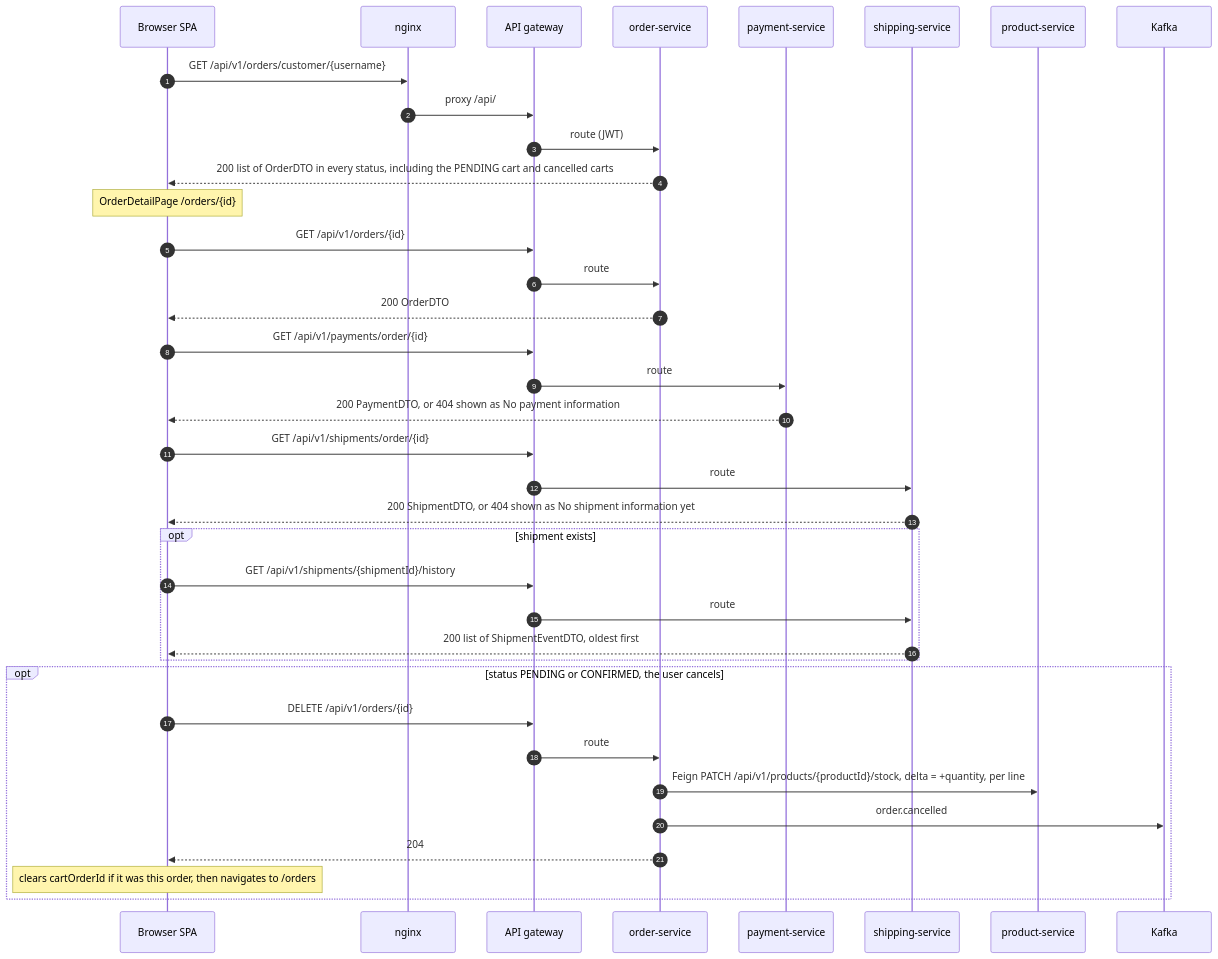
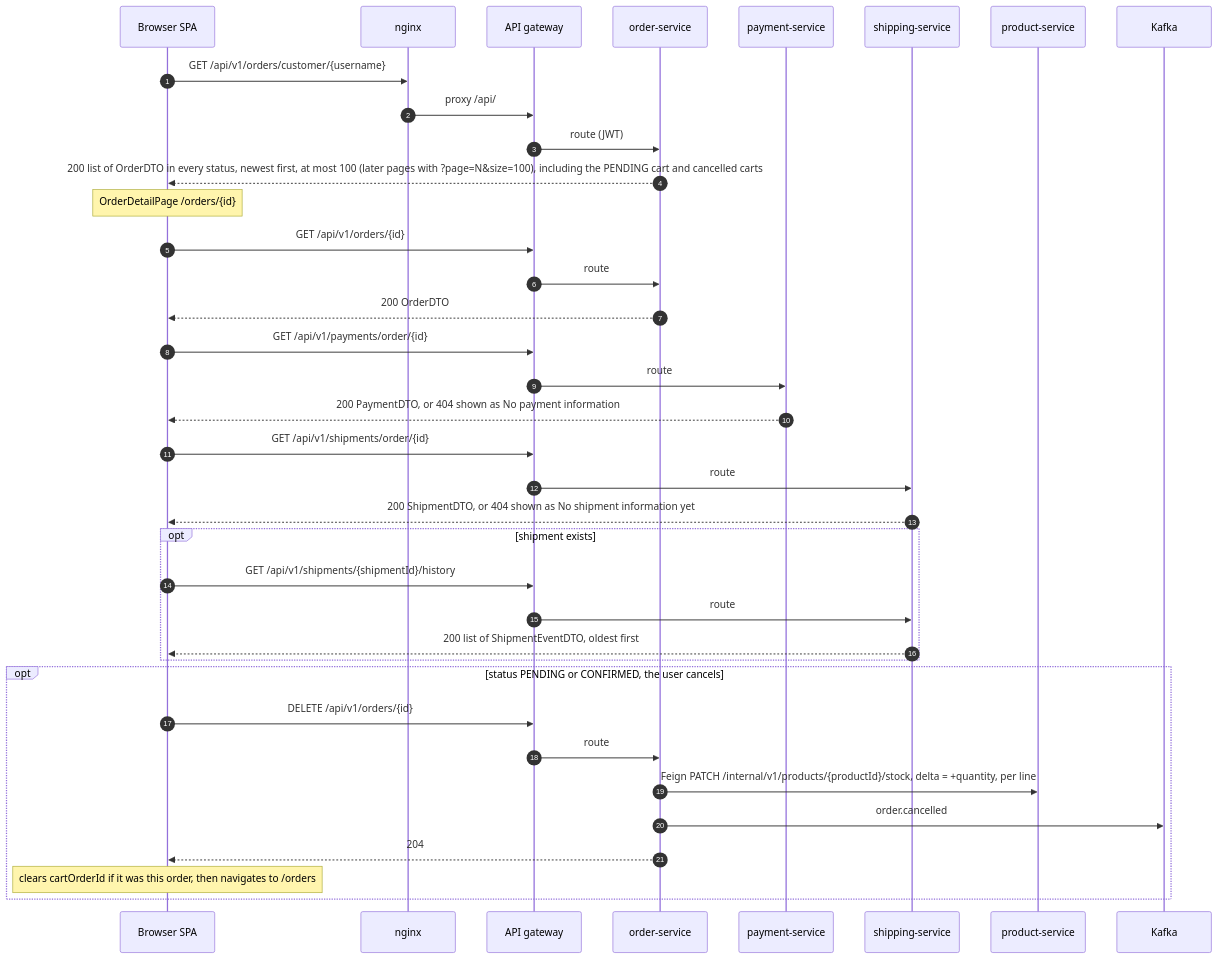
Before and after one commit to bmcnpnr/ecommerce-platform: the fifth of 9 diagrams in docs/frontend.md, drawn with Mermaid. The commit also changed other lines of this file and 58 other files, not shown here.

````diff
--- a/docs/frontend.md
+++ b/docs/frontend.md
@@ -524,39 +567,39 @@
 ```mermaid
 sequenceDiagram
     autonumber
     participant B as Browser SPA
     participant N as nginx
     participant G as API gateway
     participant O as order-service
     participant Pay as payment-service
     participant S as shipping-service
     participant P as product-service
     participant K as Kafka
     B->>N: GET /api/v1/orders/customer/{username}
     N->>G: proxy /api/
     G->>O: route (JWT)
-    O-->>B: 200 list of OrderDTO in every status, including the PENDING cart and cancelled carts
+    O-->>B: 200 list of OrderDTO in every status, newest first, at most 100 (later pages with ?page=N&size=100), including the PENDING cart and cancelled carts
     Note over B: OrderDetailPage /orders/{id}
     B->>G: GET /api/v1/orders/{id}
     G->>O: route
     O-->>B: 200 OrderDTO
     B->>G: GET /api/v1/payments/order/{id}
     G->>Pay: route
     Pay-->>B: 200 PaymentDTO, or 404 shown as No payment information
     B->>G: GET /api/v1/shipments/order/{id}
     G->>S: route
     S-->>B: 200 ShipmentDTO, or 404 shown as No shipment information yet
     opt shipment exists
         B->>G: GET /api/v1/shipments/{shipmentId}/history
         G->>S: route
         S-->>B: 200 list of ShipmentEventDTO, oldest first
     end
     opt status PENDING or CONFIRMED, the user cancels
         B->>G: DELETE /api/v1/orders/{id}
         G->>O: route
-        O->>P: Feign PATCH /api/v1/products/{productId}/stock, delta = +quantity, per line
+        O->>P: Feign PATCH /internal/v1/products/{productId}/stock, delta = +quantity, per line
         O->>K: order.cancelled
         O-->>B: 204
         Note over B: clears cartOrderId if it was this order, then navigates to /orders
     end
 ```
````
